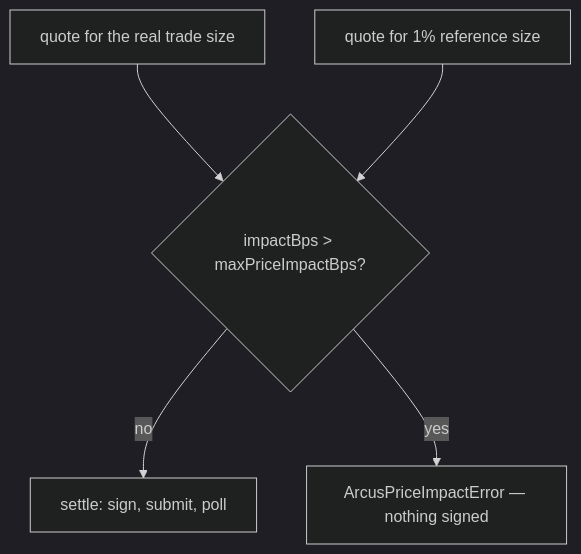
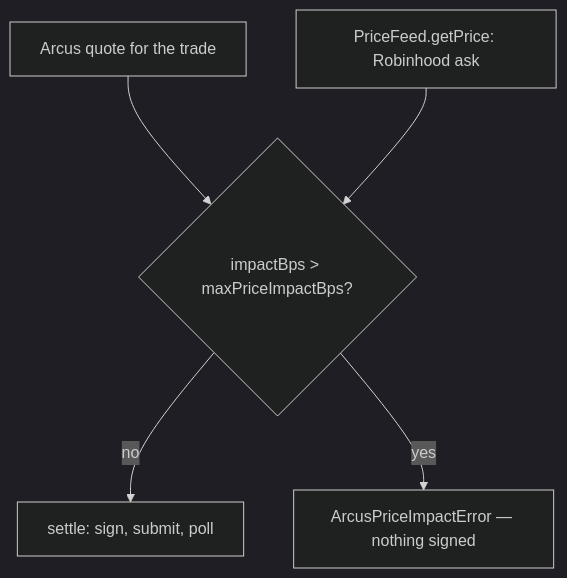
One commit to lexer/arcusdelta changed the third of 6 diagrams in docs/architecture.md. Above: the diagram before and after it, drawn with Mermaid (dark theme). The commit also changed other lines of this file and 2 other files, not shown here.

First line of the commit message:
docs: document the Robinhood price feed in README and architecture

````diff
--- a/docs/architecture.md
+++ b/docs/architecture.md
@@ -87,7 +88,7 @@
 ```mermaid
 graph TD
-    Q[quote for the real trade size] --> P{impactBps > maxPriceImpactBps?}
-    R[quote for 1% reference size] --> P
+    Q[Arcus quote for the trade] --> P{impactBps > maxPriceImpactBps?}
+    F[PriceFeed.getPrice: Robinhood ask] --> P
     P -->|no| S[settle: sign, submit, poll]
     P -->|yes| E[ArcusPriceImpactError — nothing signed]
 ```
````
